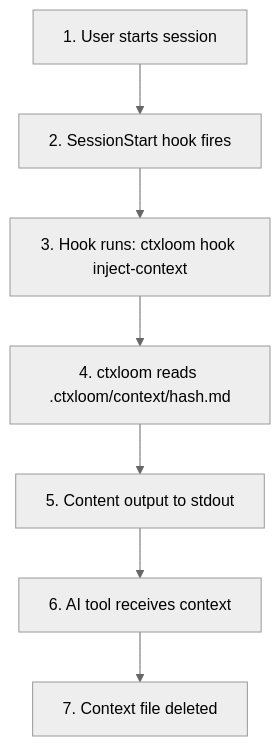
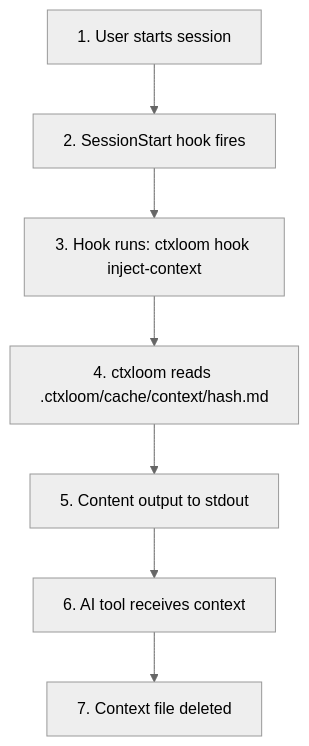
One commit to ctxloom/ctxloom changed the third of 4 diagrams in website/src/content/docs/concepts/architecture.md. Above: the diagram before and after it, drawn with Mermaid (neutral theme). The commit also changed other lines of this file and 282 other files, not shown here.

````diff
--- a/website/src/content/docs/concepts/architecture.md
+++ b/website/src/content/docs/concepts/architecture.md
@@ -136,9 +148,9 @@
 ```mermaid
 flowchart TD
     A["1. User starts session"] --> B["2. SessionStart hook fires"]
     B --> C["3. Hook runs: ctxloom hook inject-context"]
-    C --> D["4. ctxloom reads .ctxloom/context/hash.md"]
+    C --> D["4. ctxloom reads .ctxloom/cache/context/hash.md"]
     D --> E["5. Content output to stdout"]
     E --> F["6. AI tool receives context"]
     F --> G["7. Context file deleted"]
 ```
````
